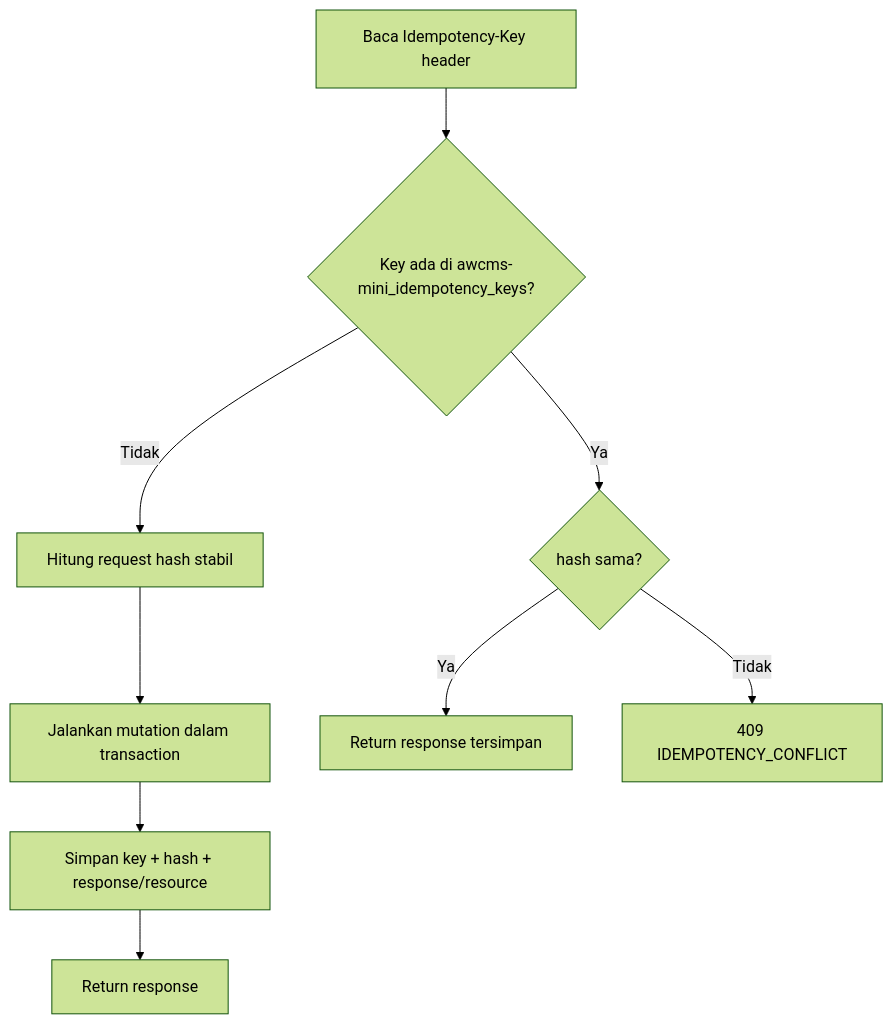
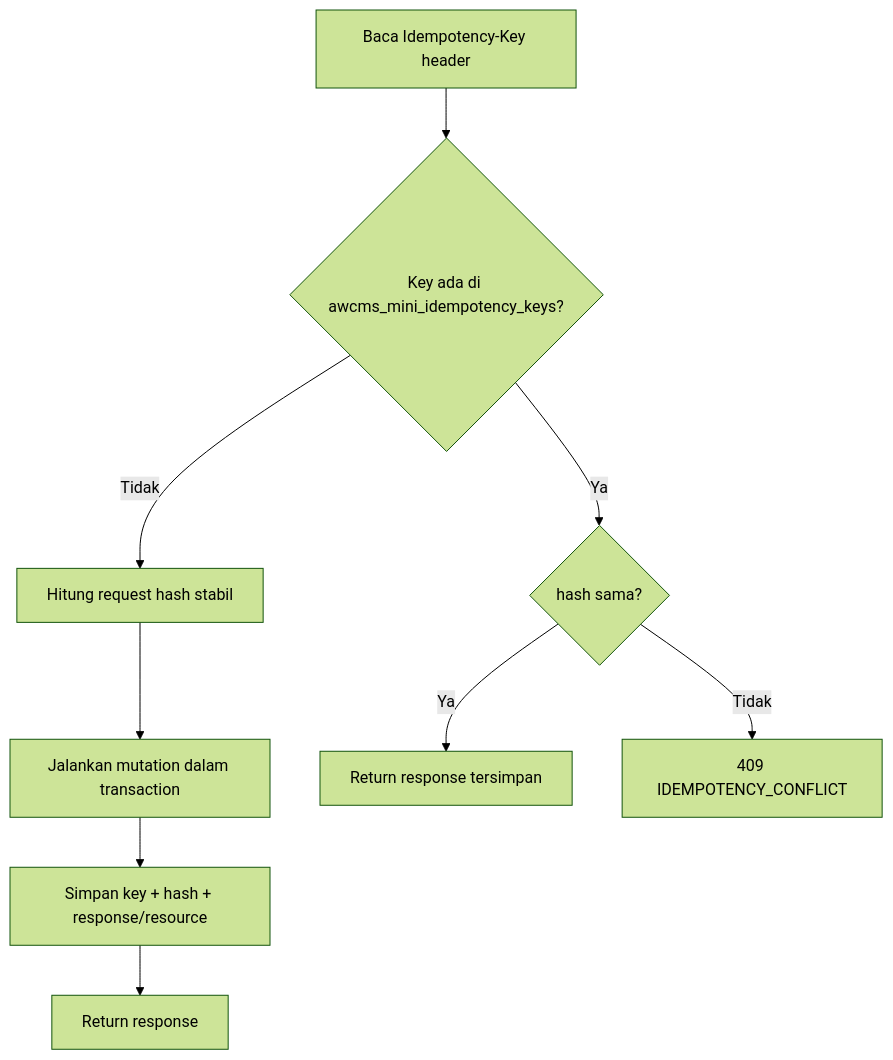
One commit to ahliweb/awcms-mini changed the diagram in .claude/skills/awcms-mini-idempotency/SKILL.md. Above: the diagram before and after it, drawn with Mermaid (forest theme). The commit also changed other lines of this file and 63 other files, not shown here.

````diff
--- a/.claude/skills/awcms-mini-idempotency/SKILL.md
+++ b/.claude/skills/awcms-mini-idempotency/SKILL.md
@@ -12,8 +12,8 @@
 ```mermaid
 flowchart TD
-  A[Baca Idempotency-Key header] --> B{Key ada di awcms-mini_idempotency_keys?}
+  A[Baca Idempotency-Key header] --> B{Key ada di awcms_mini_idempotency_keys?}
   B -- Tidak --> C[Hitung request hash stabil] --> D[Jalankan mutation dalam transaction] --> E[Simpan key + hash + response/resource] --> F[Return response]
   B -- Ya --> G{hash sama?}
   G -- Ya --> H[Return response tersimpan]
   G -- Tidak --> I[409 IDEMPOTENCY_CONFLICT]
 ```
````
